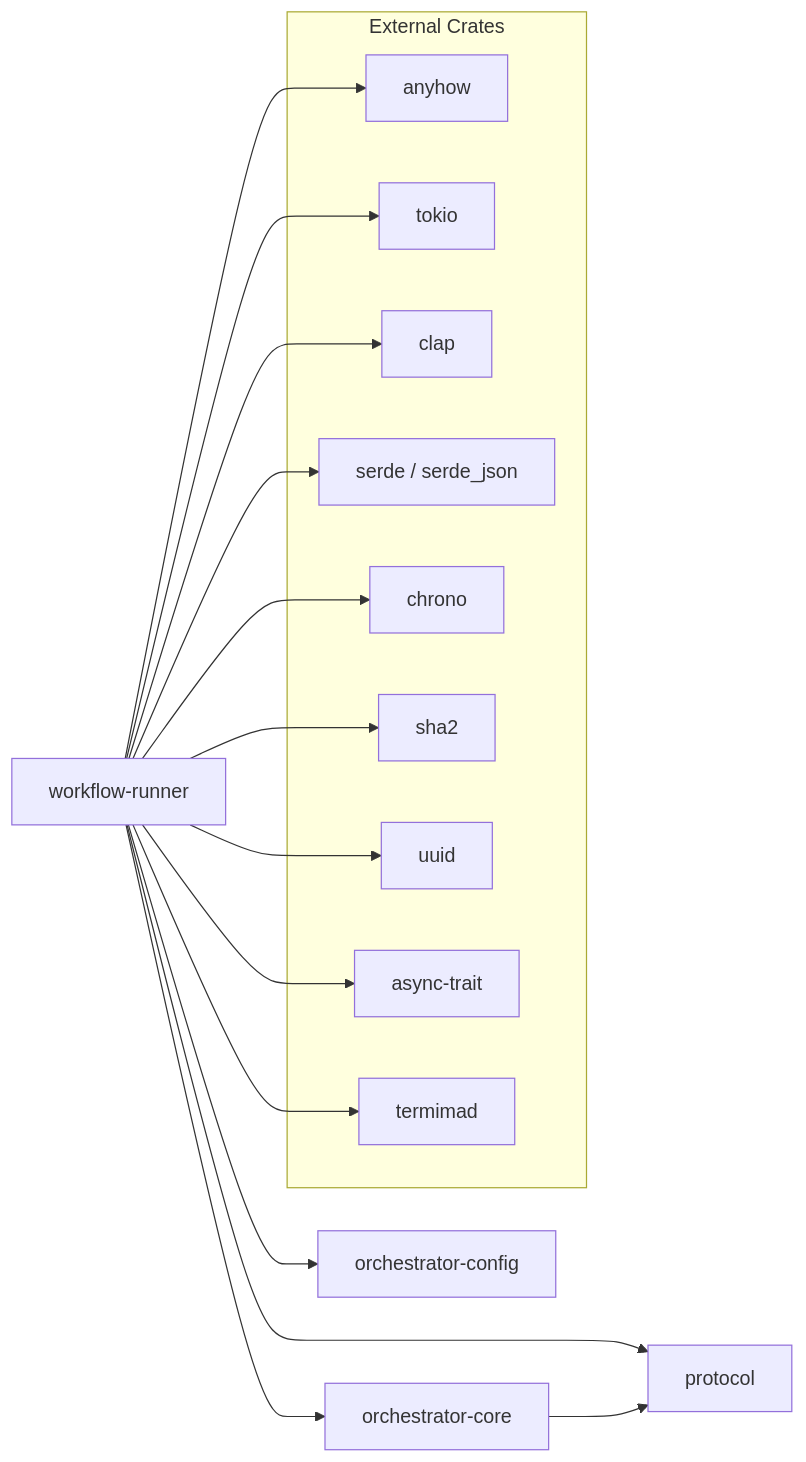
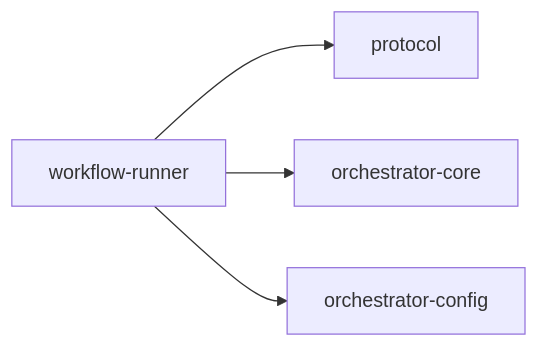
One commit to launchapp-dev/animus-cli changed the second of 2 diagrams in crates/workflow-runner/README.md. Above: the diagram before and after it, drawn with Mermaid. The commit also changed other lines of this file and 15 other files, not shown here.

````diff
--- a/crates/workflow-runner/README.md
+++ b/crates/workflow-runner/README.md
@@ -188,36 +99,11 @@
 ```mermaid
 graph LR
-    WR["workflow-runner"]
-
+    WFR["workflow-runner"]
     PROTO["protocol"]
     CORE["orchestrator-core"]
-    CONFIG["orchestrator-config"]
+    CFG["orchestrator-config"]
 
-    WR --> PROTO
-    WR --> CORE
-    WR --> CONFIG
-
-    CORE --> PROTO
-
-    subgraph "External Crates"
-        ANYHOW["anyhow"]
-        TOKIO["tokio"]
-        CLAP["clap"]
-        SERDE["serde / serde_json"]
-        CHRONO["chrono"]
-        SHA2["sha2"]
-        UUID["uuid"]
-        ASYNC_TRAIT["async-trait"]
-        TERMIMAD["termimad"]
-    end
-
-    WR --> ANYHOW
-    WR --> TOKIO
-    WR --> CLAP
-    WR --> SERDE
-    WR --> CHRONO
-    WR --> SHA2
-    WR --> UUID
-    WR --> ASYNC_TRAIT
-    WR --> TERMIMAD
+    WFR --> PROTO
+    WFR --> CORE
+    WFR --> CFG
 ```
````
